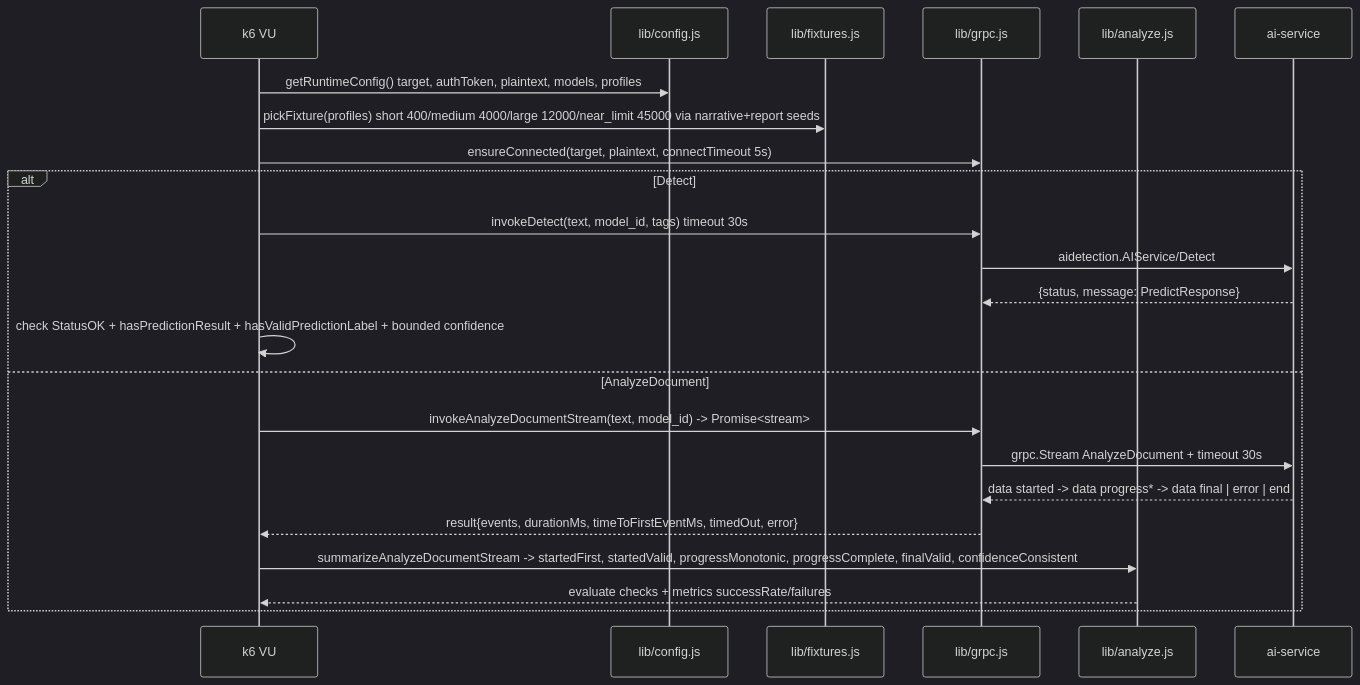
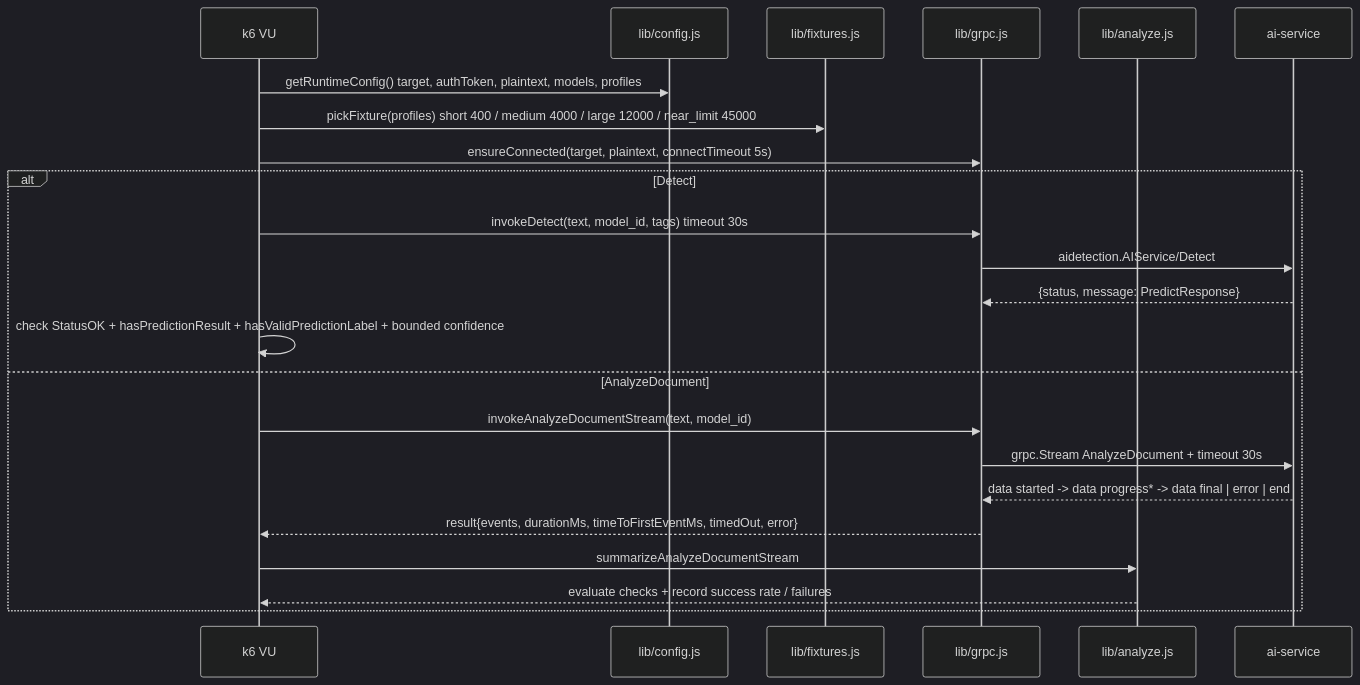
Before and after one commit to kunalPisolkar24/detectAI: the third of 3 diagrams in services/inference/load/README.md, drawn with Mermaid (dark theme). The commit also changed other lines of this file and 14 other files, not shown here.

````diff
--- a/services/inference/load/README.md
+++ b/services/inference/load/README.md
@@ -107,25 +152,25 @@
 ```mermaid
 sequenceDiagram
     participant K6 as k6 VU
     participant C as lib/config.js
     participant F as lib/fixtures.js
     participant G as lib/grpc.js
     participant A as lib/analyze.js
     participant S as ai-service
     K6->>C: getRuntimeConfig() target, authToken, plaintext, models, profiles
-    K6->>F: pickFixture(profiles) short 400/medium 4000/large 12000/near_limit 45000 via narrative+report seeds
+    K6->>F: pickFixture(profiles) short 400 / medium 4000 / large 12000 / near_limit 45000
     K6->>G: ensureConnected(target, plaintext, connectTimeout 5s)
     alt Detect
         K6->>G: invokeDetect(text, model_id, tags) timeout 30s
         G->>S: aidetection.AIService/Detect
         S-->>G: {status, message: PredictResponse}
         K6->>K6: check StatusOK + hasPredictionResult + hasValidPredictionLabel + bounded confidence
     else AnalyzeDocument
-        K6->>G: invokeAnalyzeDocumentStream(text, model_id) -> Promise<stream>
+        K6->>G: invokeAnalyzeDocumentStream(text, model_id)
         G->>S: grpc.Stream AnalyzeDocument + timeout 30s
         S-->>G: data started -> data progress* -> data final | error | end
         G-->>K6: result{events, durationMs, timeToFirstEventMs, timedOut, error}
-        K6->>A: summarizeAnalyzeDocumentStream -> startedFirst, startedValid, progressMonotonic, progressComplete, finalValid, confidenceConsistent
-        A-->>K6: evaluate checks + metrics successRate/failures
+        K6->>A: summarizeAnalyzeDocumentStream
+        A-->>K6: evaluate checks + record success rate / failures
     end
 ```
````
